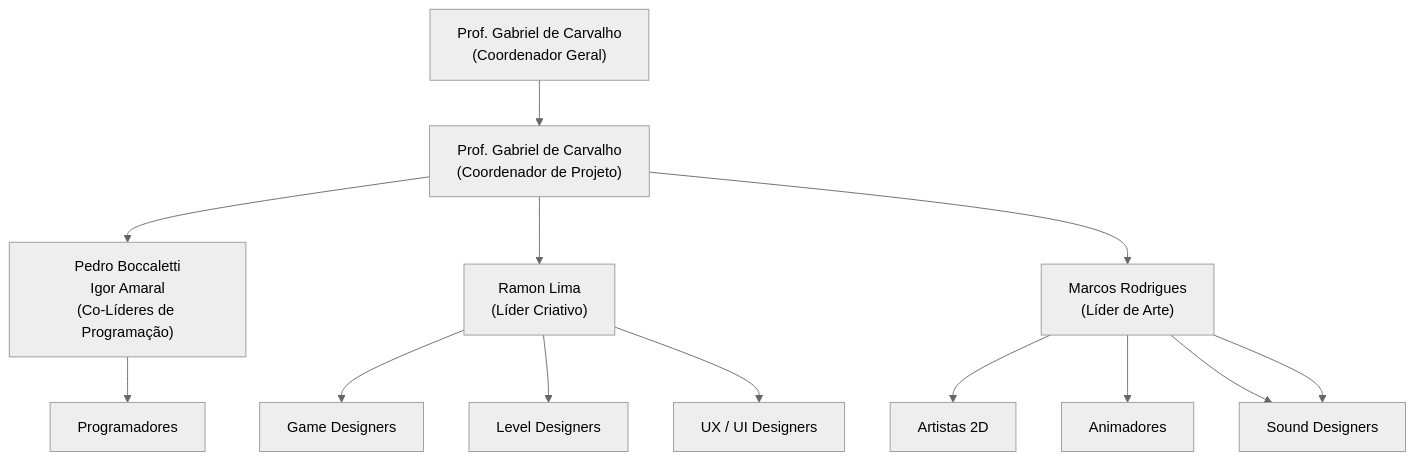
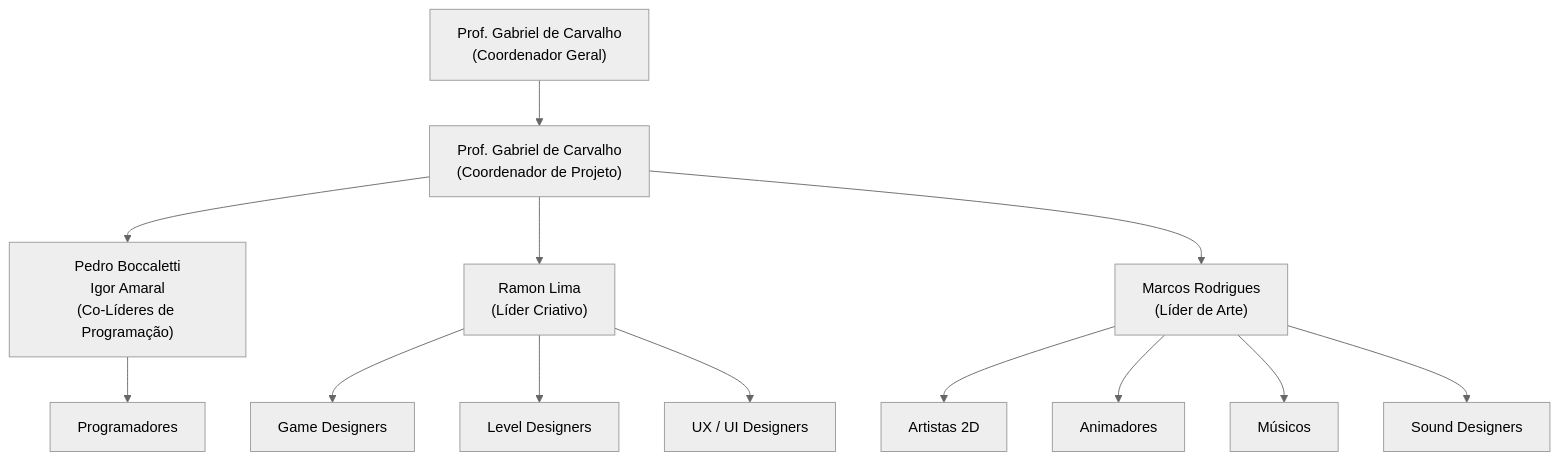
Before and after one commit to GameLab-UERJ/Loot-Lunch: the diagram in team.mmd, drawn with Mermaid (neutral theme).

```diff
--- a/team.mmd
+++ b/team.mmd
@@ -1,17 +1,17 @@
 graph TD
     COORD["Prof. Gabriel de Carvalho<br>(Coordenador Geral)"]
     COORD --> PBLP["Prof. Gabriel de Carvalho<br>(Coordenador de Projeto)"]
 
     PBLP --> PBPL["Pedro Boccaletti<br>Igor Amaral<br>(Co-Líderes de Programação)"]
     PBPL --> PBPROG[Programadores]
 
     PBLP --> PBDES["Ramon Lima<br>(Líder Criativo)"]
     PBDES --> PBGD[Game Designers]
     PBDES --> PBLD[Level Designers]
     PBDES --> PBUX[UX / UI Designers]
 
     PBLP --> PBART["Marcos Rodrigues<br>(Líder de Arte)"]
     PBART --> PBA2D[Artistas 2D]
     PBART --> PBANIM[Animadores]
-    PBART --> PBAUD[Músicos]
+    PBART --> PBMUS[Músicos]
     PBART --> PBAUD[Sound Designers]
```
